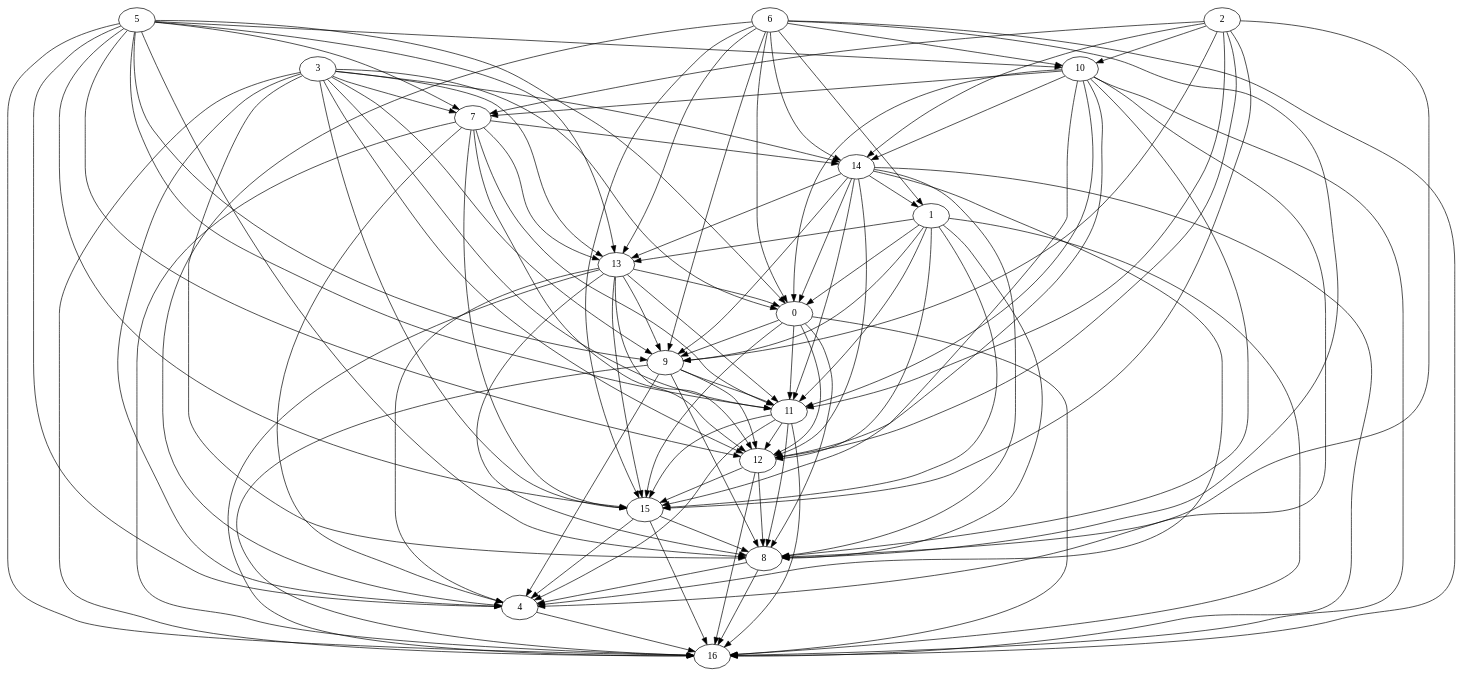
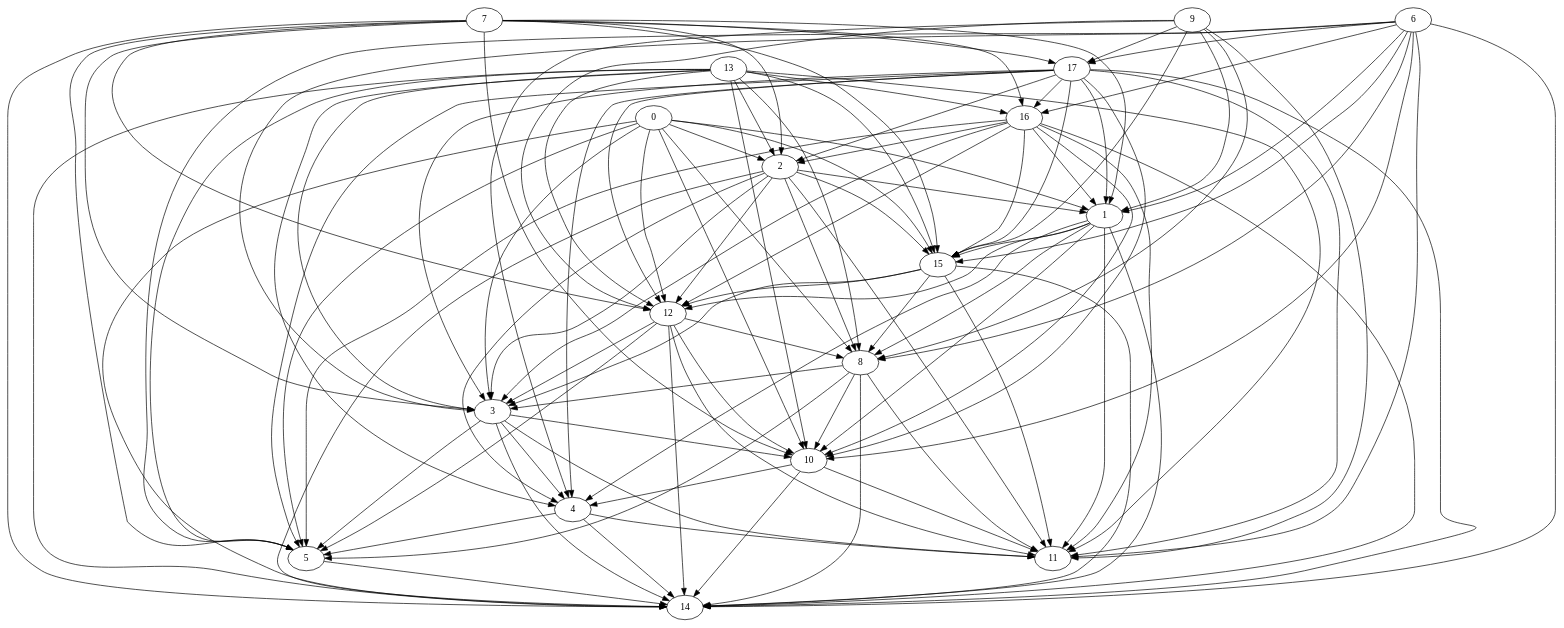
One commit to zsuh022/process-scheduler changed the diagram in src/main/resources/dotfiles/random/Random_Graph.dot. Above: the diagram before and after it, drawn with Graphviz. The commit also changed 2 other files, not shown here.

```diff
--- a/src/main/resources/dotfiles/random/Random_Graph.dot
+++ b/src/main/resources/dotfiles/random/Random_Graph.dot
@@ -1,125 +1,130 @@
 digraph {
-	"11" ["Weight"=173];
-	"12" ["Weight"=623];
-	"13" ["Weight"=344];
-	"14" ["Weight"=527];
-	"15" ["Weight"=778];
-	"16" ["Weight"=379];
-	"0" ["Weight"=999];
-	"1" ["Weight"=532];
-	"2" ["Weight"=888];
-	"3" ["Weight"=884];
-	"4" ["Weight"=183];
-	"5" ["Weight"=920];
-	"6" ["Weight"=992];
-	"7" ["Weight"=466];
-	"8" ["Weight"=346];
-	"9" ["Weight"=751];
-	"10" ["Weight"=699];
-	"0" -> "8" ["Weight"=975];
-	"0" -> "9" ["Weight"=294];
-	"1" -> "11" ["Weight"=521];
-	"12" -> "16" ["Weight"=327];
-	"1" -> "12" ["Weight"=207];
-	"12" -> "15" ["Weight"=901];
-	"1" -> "13" ["Weight"=609];
-	"5" -> "10" ["Weight"=539];
-	"11" -> "4" ["Weight"=339];
-	"1" -> "15" ["Weight"=945];
-	"5" -> "11" ["Weight"=690];
-	"1" -> "16" ["Weight"=996];
-	"5" -> "12" ["Weight"=481];
-	"5" -> "13" ["Weight"=242];
-	"11" -> "8" ["Weight"=596];
-	"5" -> "15" ["Weight"=697];
-	"9" -> "11" ["Weight"=653];
-	"5" -> "16" ["Weight"=798];
-	"9" -> "12" ["Weight"=231];
-	"9" -> "4" ["Weight"=476];
-	"9" -> "16" ["Weight"=112];
-	"1" -> "0" ["Weight"=851];
-	"9" -> "8" ["Weight"=544];
-	"1" -> "8" ["Weight"=841];
-	"1" -> "9" ["Weight"=632];
-	"12" -> "8" ["Weight"=474];
-	"2" -> "7" ["Weight"=539];
-	"2" -> "8" ["Weight"=925];
-	"2" -> "9" ["Weight"=193];
-	"13" -> "0" ["Weight"=836];
-	"0" -> "11" ["Weight"=892];
-	"0" -> "12" ["Weight"=599];
-	"11" -> "16" ["Weight"=788];
-	"13" -> "4" ["Weight"=814];
-	"11" -> "15" ["Weight"=967];
-	"0" -> "15" ["Weight"=805];
-	"0" -> "16" ["Weight"=645];
-	"11" -> "12" ["Weight"=494];
-	"13" -> "8" ["Weight"=198];
-	"13" -> "9" ["Weight"=525];
-	"4" -> "16" ["Weight"=439];
-	"3" -> "0" ["Weight"=602];
-	"8" -> "16" ["Weight"=709];
-	"15" -> "16" ["Weight"=544];
-	"3" -> "4" ["Weight"=423];
-	"3" -> "7" ["Weight"=633];
-	"3" -> "8" ["Weight"=400];
-	"3" -> "9" ["Weight"=617];
-	"10" -> "11" ["Weight"=620];
-	"14" -> "0" ["Weight"=900];
-	"14" -> "1" ["Weight"=918];
-	"14" -> "4" ["Weight"=747];
-	"14" -> "8" ["Weight"=375];
-	"14" -> "9" ["Weight"=340];
-	"15" -> "4" ["Weight"=817];
-	"14" -> "13" ["Weight"=550];
-	"3" -> "11" ["Weight"=785];
-	"10" -> "16" ["Weight"=814];
-	"14" -> "12" ["Weight"=246];
-	"3" -> "12" ["Weight"=999];
-	"10" -> "15" ["Weight"=953];
-	"14" -> "11" ["Weight"=305];
-	"15" -> "8" ["Weight"=136];
-	"3" -> "13" ["Weight"=758];
-	"10" -> "14" ["Weight"=536];
-	"3" -> "14" ["Weight"=203];
-	"3" -> "15" ["Weight"=945];
-	"7" -> "11" ["Weight"=181];
-	"10" -> "12" ["Weight"=995];
-	"3" -> "16" ["Weight"=512];
-	"7" -> "12" ["Weight"=680];
-	"7" -> "13" ["Weight"=573];
-	"7" -> "14" ["Weight"=884];
-	"5" -> "0" ["Weight"=778];
-	"7" -> "15" ["Weight"=672];
-	"7" -> "16" ["Weight"=138];
-	"5" -> "4" ["Weight"=793];
-	"14" -> "16" ["Weight"=439];
-	"5" -> "7" ["Weight"=215];
-	"5" -> "8" ["Weight"=424];
-	"5" -> "9" ["Weight"=548];
-	"6" -> "0" ["Weight"=242];
-	"6" -> "1" ["Weight"=607];
-	"6" -> "4" ["Weight"=690];
-	"6" -> "8" ["Weight"=224];
-	"6" -> "9" ["Weight"=610];
-	"13" -> "16" ["Weight"=819];
-	"2" -> "10" ["Weight"=123];
-	"13" -> "15" ["Weight"=458];
-	"2" -> "11" ["Weight"=170];
-	"2" -> "12" ["Weight"=964];
-	"13" -> "12" ["Weight"=927];
-	"2" -> "14" ["Weight"=326];
-	"6" -> "10" ["Weight"=738];
-	"13" -> "11" ["Weight"=359];
-	"2" -> "15" ["Weight"=784];
-	"6" -> "13" ["Weight"=840];
-	"6" -> "14" ["Weight"=889];
-	"6" -> "15" ["Weight"=153];
-	"6" -> "16" ["Weight"=464];
-	"7" -> "4" ["Weight"=251];
-	"10" -> "0" ["Weight"=410];
-	"10" -> "4" ["Weight"=232];
-	"10" -> "7" ["Weight"=128];
-	"10" -> "8" ["Weight"=360];
-	"8" -> "4" ["Weight"=949];
+	"11" ["Weight"=951];
+	"12" ["Weight"=956];
+	"13" ["Weight"=689];
+	"14" ["Weight"=174];
+	"15" ["Weight"=487];
+	"16" ["Weight"=425];
+	"17" ["Weight"=151];
+	"0" ["Weight"=238];
+	"1" ["Weight"=823];
+	"2" ["Weight"=232];
+	"3" ["Weight"=338];
+	"4" ["Weight"=388];
+	"5" ["Weight"=283];
+	"6" ["Weight"=378];
+	"7" ["Weight"=426];
+	"8" ["Weight"=129];
+	"9" ["Weight"=955];
+	"10" ["Weight"=841];
+	"0" -> "1" ["Weight"=517];
+	"0" -> "2" ["Weight"=753];
+	"0" -> "3" ["Weight"=592];
+	"0" -> "5" ["Weight"=159];
+	"0" -> "8" ["Weight"=554];
+	"1" -> "10" ["Weight"=848];
+	"1" -> "11" ["Weight"=781];
+	"16" -> "12" ["Weight"=372];
+	"1" -> "12" ["Weight"=527];
+	"16" -> "11" ["Weight"=358];
+	"12" -> "14" ["Weight"=180];
+	"16" -> "10" ["Weight"=292];
+	"1" -> "14" ["Weight"=241];
+	"1" -> "15" ["Weight"=977];
+	"12" -> "11" ["Weight"=986];
+	"12" -> "10" ["Weight"=399];
+	"5" -> "14" ["Weight"=686];
+	"9" -> "1" ["Weight"=917];
+	"9" -> "11" ["Weight"=265];
+	"9" -> "12" ["Weight"=633];
+	"9" -> "4" ["Weight"=461];
+	"9" -> "15" ["Weight"=716];
+	"16" -> "15" ["Weight"=310];
+	"9" -> "8" ["Weight"=373];
+	"9" -> "17" ["Weight"=670];
+	"16" -> "14" ["Weight"=236];
+	"1" -> "4" ["Weight"=648];
+	"1" -> "8" ["Weight"=783];
+	"12" -> "3" ["Weight"=128];
+	"12" -> "5" ["Weight"=384];
+	"12" -> "8" ["Weight"=107];
+	"2" -> "1" ["Weight"=891];
+	"2" -> "3" ["Weight"=628];
+	"2" -> "4" ["Weight"=184];
+	"2" -> "8" ["Weight"=886];
+	"0" -> "10" ["Weight"=280];
+	"13" -> "2" ["Weight"=513];
+	"15" -> "14" ["Weight"=385];
+	"0" -> "12" ["Weight"=885];
+	"13" -> "3" ["Weight"=453];
+	"13" -> "4" ["Weight"=110];
+	"15" -> "12" ["Weight"=601];
+	"0" -> "14" ["Weight"=256];
+	"13" -> "5" ["Weight"=595];
+	"15" -> "11" ["Weight"=981];
+	"0" -> "15" ["Weight"=856];
+	"4" -> "11" ["Weight"=922];
+	"13" -> "8" ["Weight"=801];
+	"4" -> "14" ["Weight"=503];
+	"8" -> "10" ["Weight"=193];
+	"8" -> "11" ["Weight"=643];
+	"8" -> "14" ["Weight"=797];
+	"3" -> "4" ["Weight"=461];
+	"3" -> "5" ["Weight"=943];
+	"10" -> "11" ["Weight"=915];
+	"4" -> "5" ["Weight"=229];
+	"15" -> "3" ["Weight"=195];
+	"3" -> "10" ["Weight"=913];
+	"3" -> "11" ["Weight"=244];
+	"15" -> "8" ["Weight"=599];
+	"10" -> "14" ["Weight"=560];
+	"3" -> "14" ["Weight"=202];
+	"7" -> "10" ["Weight"=699];
+	"7" -> "12" ["Weight"=658];
+	"7" -> "14" ["Weight"=364];
+	"7" -> "15" ["Weight"=104];
+	"7" -> "16" ["Weight"=183];
+	"7" -> "17" ["Weight"=738];
+	"16" -> "1" ["Weight"=875];
+	"16" -> "2" ["Weight"=144];
+	"16" -> "3" ["Weight"=990];
+	"16" -> "5" ["Weight"=902];
+	"6" -> "1" ["Weight"=129];
+	"6" -> "3" ["Weight"=132];
+	"6" -> "5" ["Weight"=949];
+	"6" -> "8" ["Weight"=155];
+	"17" -> "1" ["Weight"=909];
+	"17" -> "2" ["Weight"=255];
+	"17" -> "3" ["Weight"=576];
+	"17" -> "4" ["Weight"=491];
+	"17" -> "5" ["Weight"=105];
+	"13" -> "16" ["Weight"=451];
+	"17" -> "12" ["Weight"=548];
+	"13" -> "15" ["Weight"=263];
+	"17" -> "11" ["Weight"=918];
+	"2" -> "11" ["Weight"=569];
+	"13" -> "14" ["Weight"=947];
+	"17" -> "10" ["Weight"=849];
+	"2" -> "12" ["Weight"=418];
+	"13" -> "12" ["Weight"=207];
+	"2" -> "14" ["Weight"=422];
+	"6" -> "10" ["Weight"=401];
+	"13" -> "11" ["Weight"=460];
+	"2" -> "15" ["Weight"=930];
+	"6" -> "11" ["Weight"=801];
+	"13" -> "10" ["Weight"=731];
+	"6" -> "14" ["Weight"=842];
+	"6" -> "15" ["Weight"=696];
+	"7" -> "1" ["Weight"=151];
+	"6" -> "16" ["Weight"=740];
+	"7" -> "2" ["Weight"=268];
+	"6" -> "17" ["Weight"=114];
+	"7" -> "3" ["Weight"=154];
+	"17" -> "16" ["Weight"=948];
+	"17" -> "15" ["Weight"=301];
+	"7" -> "5" ["Weight"=807];
+	"17" -> "14" ["Weight"=607];
+	"10" -> "4" ["Weight"=774];
+	"8" -> "3" ["Weight"=145];
+	"8" -> "5" ["Weight"=443];
 }
```
